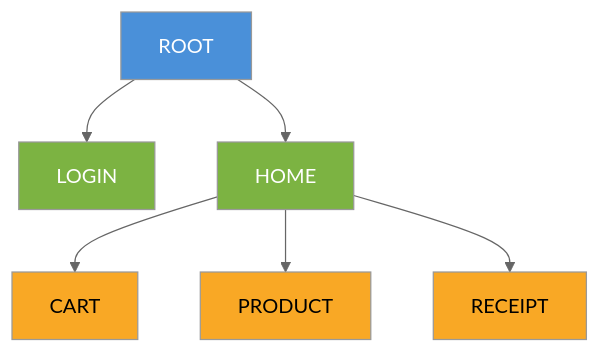
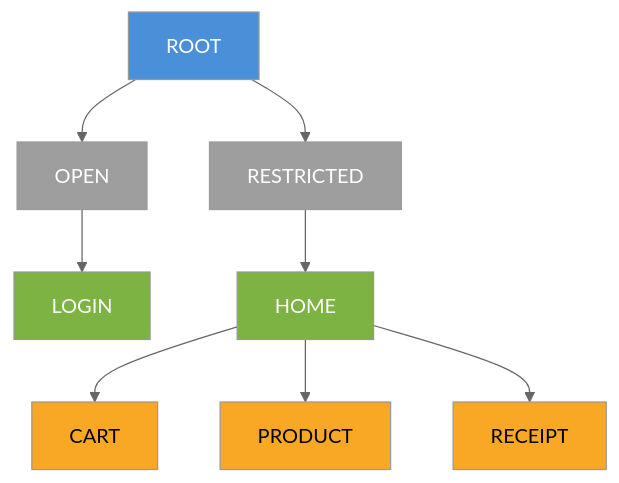
One commit to mrcdom/wdc-cube-kotlin changed the sixth of 10 diagrams in docs/architecture.md. Above: the diagram before and after it, drawn with Mermaid (neutral theme). The commit also changed other lines of this file and 15 other files, not shown here.

First line of the commit message:
feat(presentation): open and restricted guard places, as in the Java version

````diff
--- a/docs/architecture.md
+++ b/docs/architecture.md
@@ -345,15 +345,19 @@
 ```mermaid
 graph TD
-    ROOT --> LOGIN
-    ROOT --> HOME
+    ROOT --> OPEN
+    ROOT --> RESTRICTED
+    OPEN --> LOGIN
+    RESTRICTED --> HOME
     HOME --> CART
     HOME --> PRODUCT
     HOME --> RECEIPT
 
     style ROOT fill:#4a90d9,color:#fff
+    style OPEN fill:#9e9e9e,color:#fff
+    style RESTRICTED fill:#9e9e9e,color:#fff
     style LOGIN fill:#7cb342,color:#fff
     style HOME fill:#7cb342,color:#fff
     style CART fill:#f9a825,color:#000
     style PRODUCT fill:#f9a825,color:#000
     style RECEIPT fill:#f9a825,color:#000
 ```
````
